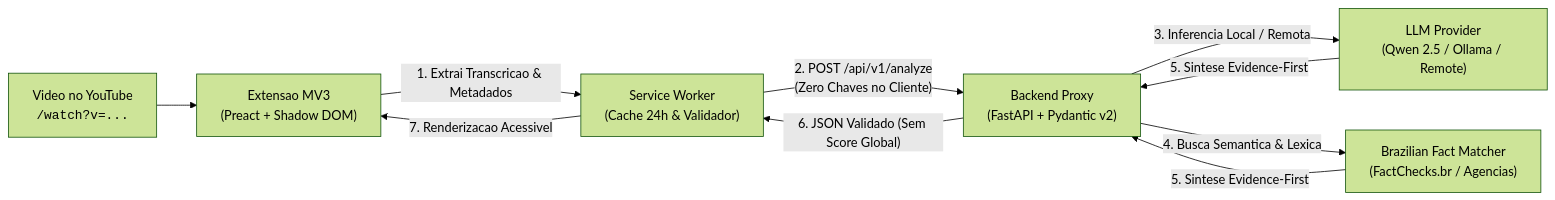
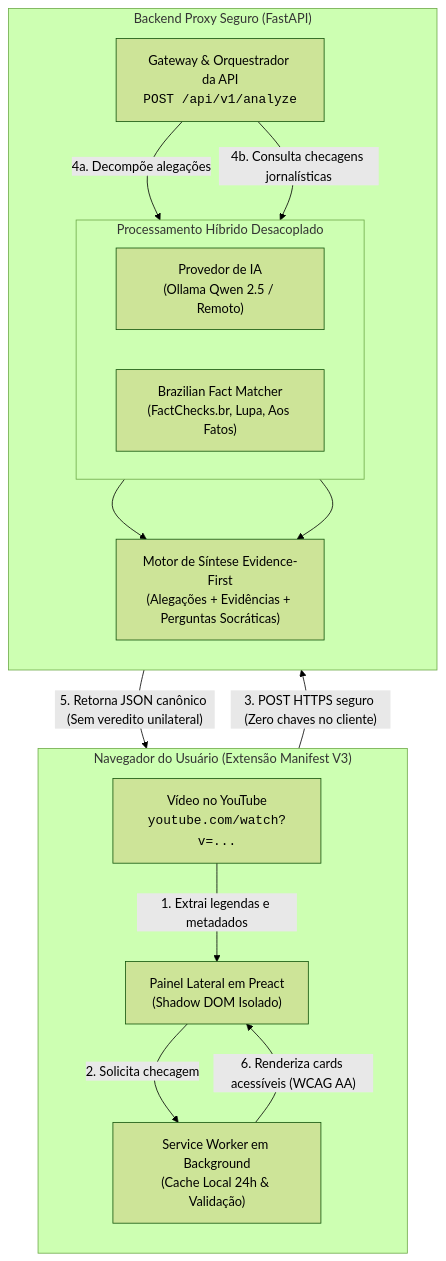
Before and after one commit to evidencia-grupo/EvidencIA: the first of 2 diagrams in README.md, drawn with Mermaid (forest theme). The commit also changed other lines of this file, not shown here.

Commit message:
docs(readme): aprimorar visualizacao e legibilidade do diagrama de arquitetura

````diff
--- a/README.md
+++ b/README.md
@@ -24,11 +24,35 @@
 ```mermaid
-flowchart LR
-    A["Video no YouTube<br><code>/watch?v=...</code>"] --> B["Extensao MV3<br>(Preact + Shadow DOM)"]
-    B -->|"1. Extrai Transcricao & Metadados"| C["Service Worker<br>(Cache 24h & Validador)"]
-    C -->|"2. POST /api/v1/analyze<br>(Zero Chaves no Cliente)"| D["Backend Proxy<br>(FastAPI + Pydantic v2)"]
-    D -->|"3. Inferencia Local / Remota"| E["LLM Provider<br>(Qwen 2.5 / Ollama / Remote)"]
-    D -->|"4. Busca Semantica & Lexica"| F["Brazilian Fact Matcher<br>(FactChecks.br / Agencias)"]
-    E & F -->|"5. Sintese Evidence-First"| D
-    D -->|"6. JSON Validado (Sem Score Global)"| C
-    C -->|"7. Renderizacao Acessivel"| B
+flowchart TD
+    subgraph Client["Navegador do Usuário (Extensão Manifest V3)"]
+        direction TB
+        YT["Vídeo no YouTube<br><code>youtube.com/watch?v=...</code>"]
+        UI["Painel Lateral em Preact<br>(Shadow DOM Isolado)"]
+        SW["Service Worker em Background<br>(Cache Local 24h & Validação)"]
+    end
+
+    subgraph Server["Backend Proxy Seguro (FastAPI)"]
+        direction TB
+        API["Gateway & Orquestrador da API<br><code>POST /api/v1/analyze</code>"]
+        
+        subgraph Processing["Processamento Híbrido Desacoplado"]
+            direction LR
+            LLM["Provedor de IA<br>(Ollama Qwen 2.5 / Remoto)"]
+            MATCHER["Brazilian Fact Matcher<br>(FactChecks.br, Lupa, Aos Fatos)"]
+        end
+        
+        SYN["Motor de Síntese Evidence-First<br>(Alegações + Evidências + Perguntas Socráticas)"]
+    end
+
+    YT -->|"1. Extrai legendas e metadados"| UI
+    UI -->|"2. Solicita checagem"| SW
+    SW -->|"3. POST HTTPS seguro (Zero chaves no cliente)"| API
+    
+    API -->|"4a. Decompõe alegações"| LLM
+    API -->|"4b. Consulta checagens jornalísticas"| MATCHER
+    
+    LLM --> SYN
+    MATCHER --> SYN
+    
+    SYN -->|"5. Retorna JSON canônico (Sem veredito unilateral)"| SW
+    SW -->|"6. Renderiza cards acessíveis (WCAG AA)"| UI
 ```
````
